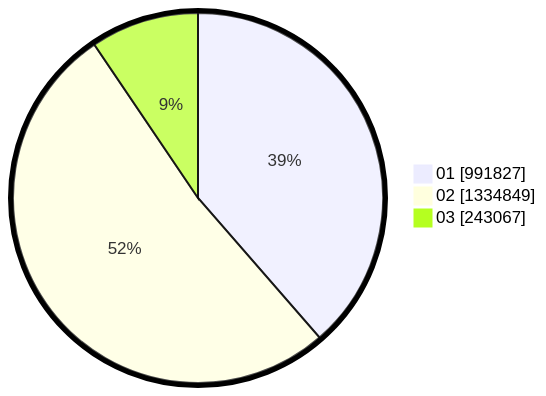
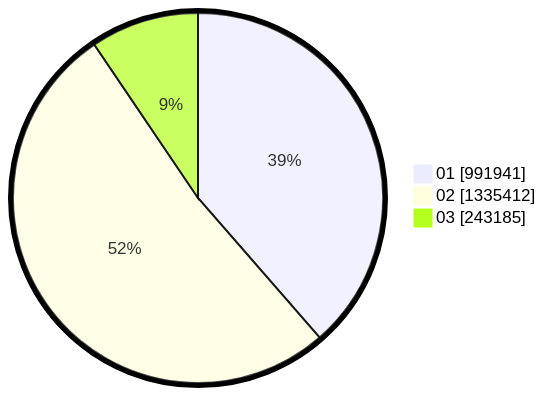
The second of 2 diagrams in pilpres/hitung-suara/sub/table-wilayah-14.md (gigit-pemilu/pemilu-2024), drawn with Mermaid before and after one commit. The commit also changed other lines of this file and 8 other files, not shown here.

````diff
--- a/pilpres/hitung-suara/sub/table-wilayah-14.md
+++ b/pilpres/hitung-suara/sub/table-wilayah-14.md
@@ -15,7 +15,7 @@
 ```mermaid
 %%{init: {"pie": {"textPosition": 0.5}, "themeVariables": {"pieOuterStrokeWidth": "5px"}} }%%
 pie showData
-    "01" : 991827
-    "02" : 1334849
-    "03" : 243067
+    "01" : 991941
+    "02" : 1335412
+    "03" : 243185
 ```
````
